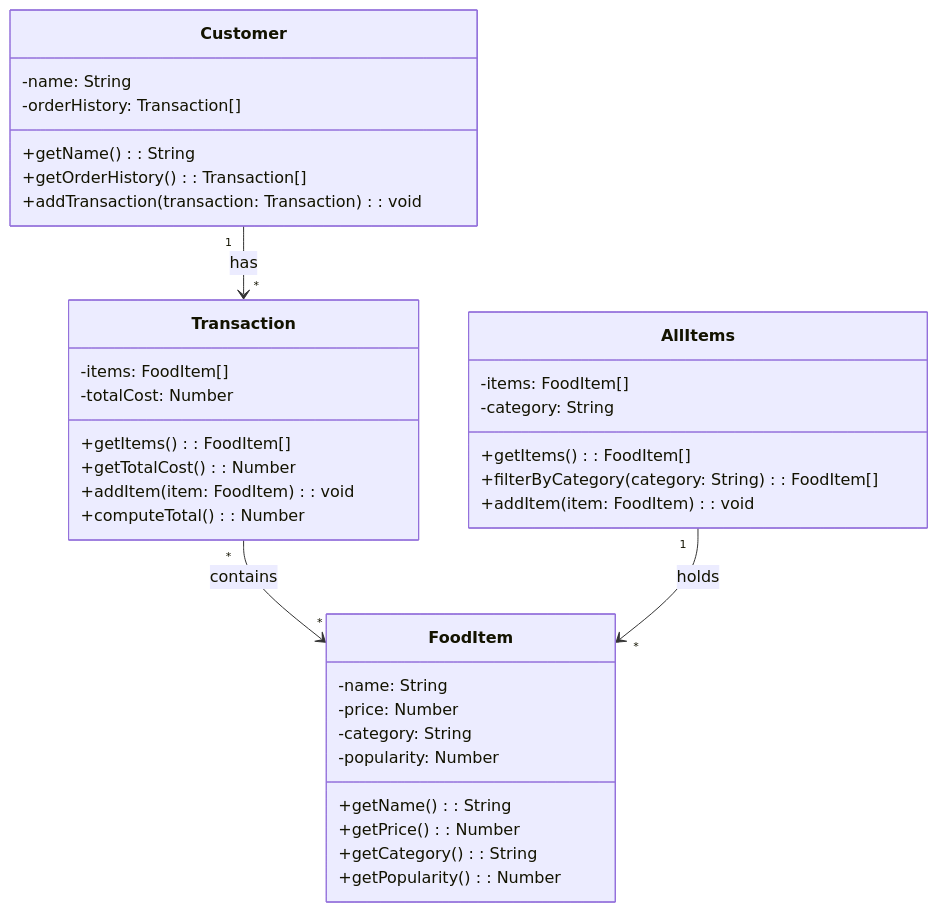
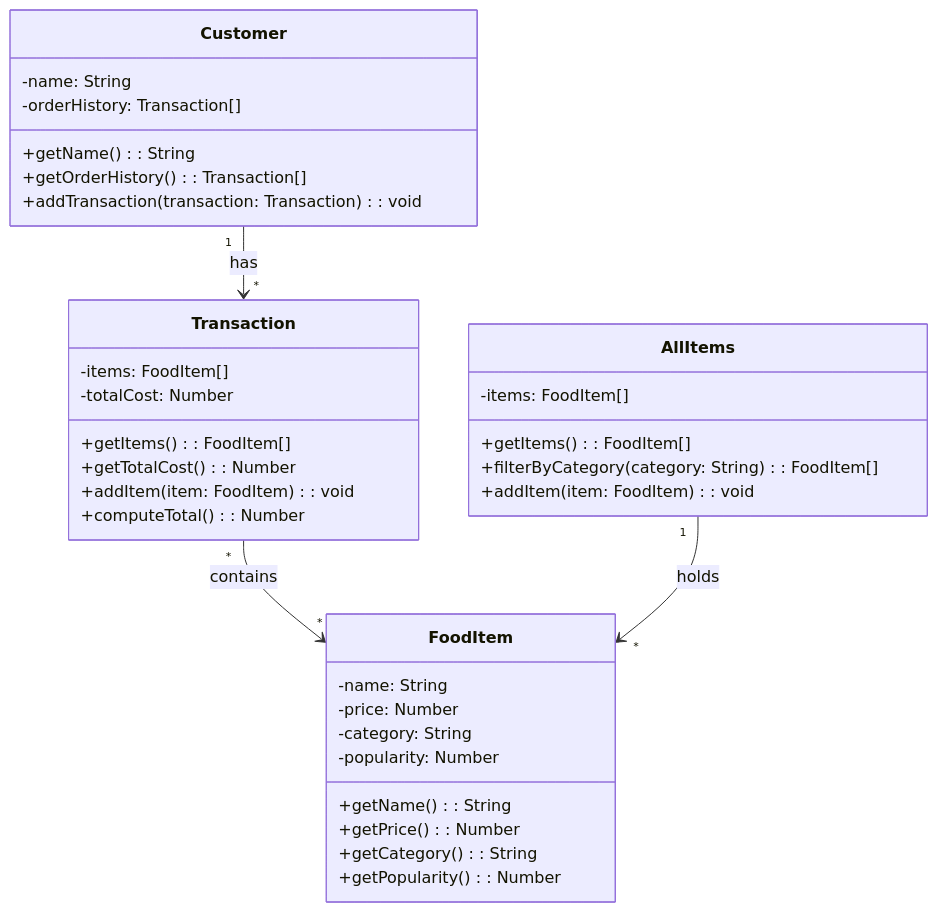
The diagram in docs/bytebites_design.md (robelbruk/ByteBits), drawn with Mermaid before and after one commit. The commit also changed 3 other files, not shown here.

````diff
--- a/docs/bytebites_design.md
+++ b/docs/bytebites_design.md
@@ -1,42 +1,41 @@
 ```mermaid  
 classDiagram
     class Customer {
         -name: String
         -orderHistory: Transaction[]
         +getName(): String
         +getOrderHistory(): Transaction[]
         +addTransaction(transaction: Transaction): void
     }
 
     class FoodItem {
         -name: String
         -price: Number
         -category: String
         -popularity: Number
         +getName(): String
         +getPrice(): Number
         +getCategory(): String
         +getPopularity(): Number
     }
 
     class AllItems {
         -items: FoodItem[]
-        -category: String
         +getItems(): FoodItem[]
         +filterByCategory(category: String): FoodItem[]
         +addItem(item: FoodItem): void
     }
 
     class Transaction {
         -items: FoodItem[]
         -totalCost: Number
         +getItems(): FoodItem[]
         +getTotalCost(): Number
         +addItem(item: FoodItem): void
         +computeTotal(): Number
     }
 
     Customer "1" --> "*" Transaction : has
     Transaction "*" --> "*" FoodItem : contains
     AllItems "1" --> "*" FoodItem : holds
 ```
````
